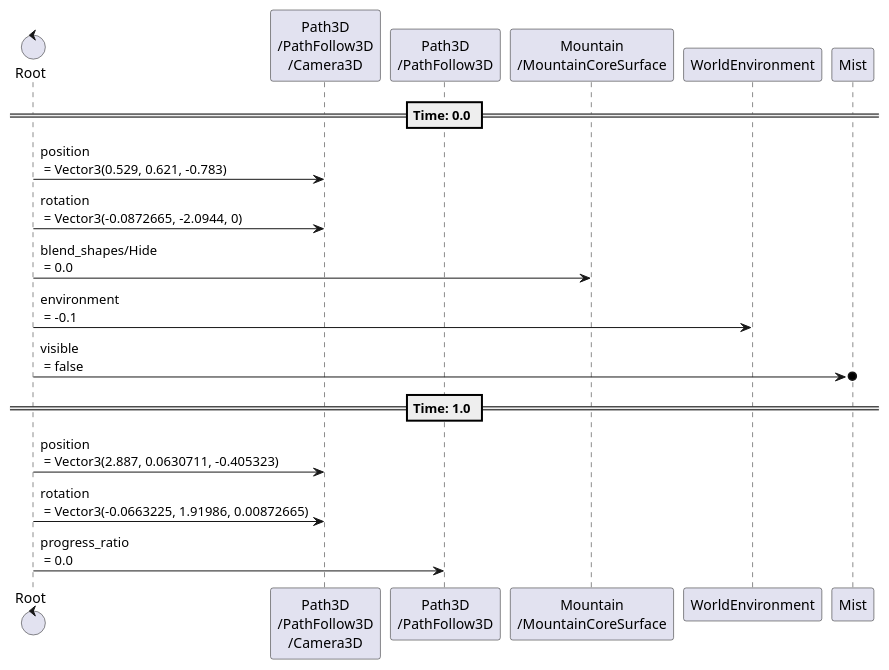
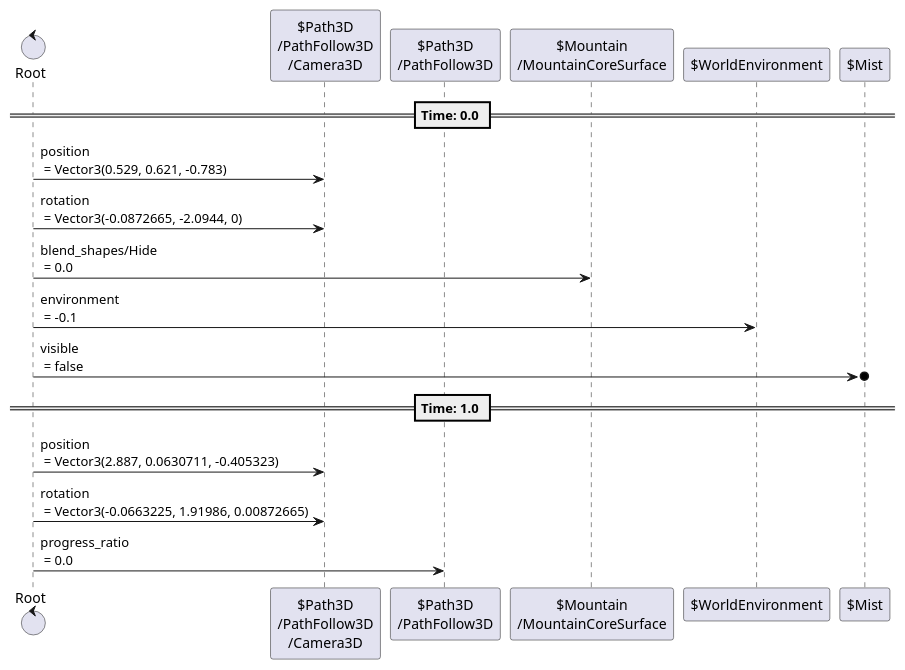
Before and after one commit to tkmfujise/Platformer-Game-Learning: the fifth of 23 diagrams in content/scenes/src/world/world.tscn.adoc, drawn with PlantUML. The commit also changed other lines of this file and 31 other files, not shown here.

Commit message:
Add prefix $ to node name in animation sequences

```diff
--- a/content/scenes/src/world/world.tscn.adoc
+++ b/content/scenes/src/world/world.tscn.adoc
@@ -192,24 +192,24 @@
 [plantuml]
 ....
-control "Root" as Root
-participant "Path3D\n/PathFollow3D\n/Camera3D" as T0
-participant "Path3D\n/PathFollow3D" as T2
-participant "Mountain\n/MountainCoreSurface" as T3
-participant "WorldEnvironment" as T4
-participant "Mist" as T5
+control "Root" as R
+participant "$Path3D\n/PathFollow3D\n/Camera3D" as T0
+participant "$Path3D\n/PathFollow3D" as T2
+participant "$Mountain\n/MountainCoreSurface" as T3
+participant "$WorldEnvironment" as T4
+participant "$Mist" as T5
 
 
 
 == Time: 0.0 ==
-Root  ->  T0 : position\n = Vector3(0.529, 0.621, -0.783)
-Root  ->  T0 : rotation\n = Vector3(-0.0872665, -2.0944, 0)
-Root  ->  T3 : blend_shapes/Hide\n = 0.0
-Root  ->  T4 : environment\n = -0.1
-Root  ->o  T5 : visible\n = false
+R  ->  T0 : position\n = Vector3(0.529, 0.621, -0.783)
+R  ->  T0 : rotation\n = Vector3(-0.0872665, -2.0944, 0)
+R  ->  T3 : blend_shapes/Hide\n = 0.0
+R  ->  T4 : environment\n = -0.1
+R  ->o  T5 : visible\n = false
 == Time: 1.0 ==
-Root  ->  T0 : position\n = Vector3(2.887, 0.0630711, -0.405323)
-Root  ->  T0 : rotation\n = Vector3(-0.0663225, 1.91986, 0.00872665)
-Root  ->  T2 : progress_ratio\n = 0.0
+R  ->  T0 : position\n = Vector3(2.887, 0.0630711, -0.405323)
+R  ->  T0 : rotation\n = Vector3(-0.0663225, 1.91986, 0.00872665)
+R  ->  T2 : progress_ratio\n = 0.0
 
 
 ....
```
